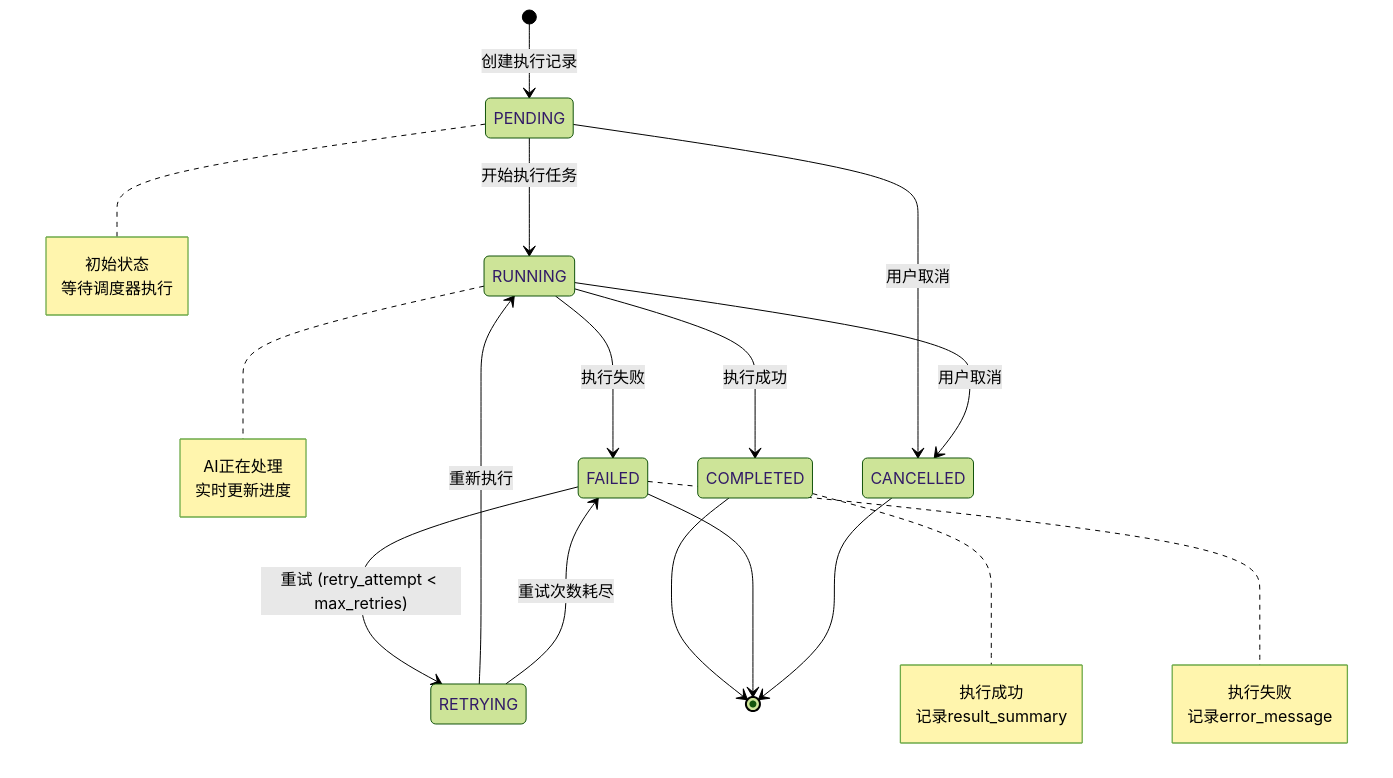
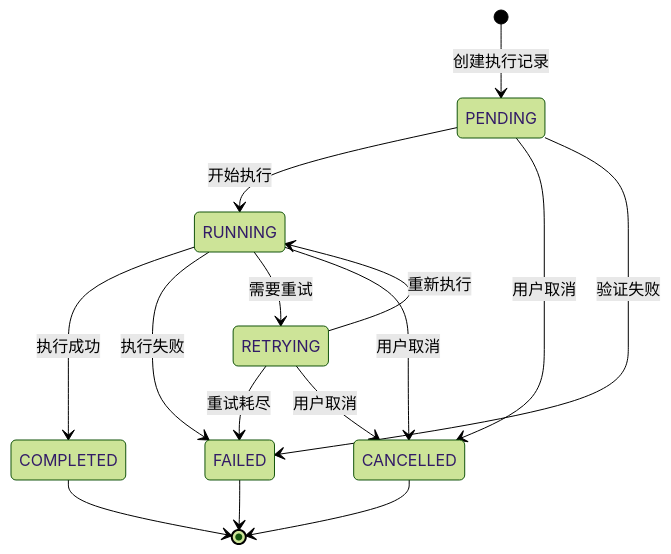
Before and after one commit to wecode-ai/Wegent: the third of 3 diagrams in docs/ai-flow-architecture.md, drawn with Mermaid (forest theme). The commit also changed other lines of this file and 7 other files, not shown here.

````diff
--- a/docs/ai-flow-architecture.md
+++ b/docs/ai-flow-architecture.md
@@ -395,39 +293,21 @@
 ```mermaid
 stateDiagram-v2
     [*] --> PENDING: 创建执行记录
 
-    PENDING --> RUNNING: 开始执行任务
+    PENDING --> RUNNING: 开始执行
     PENDING --> CANCELLED: 用户取消
+    PENDING --> FAILED: 验证失败
 
     RUNNING --> COMPLETED: 执行成功
     RUNNING --> FAILED: 执行失败
+    RUNNING --> RETRYING: 需要重试
     RUNNING --> CANCELLED: 用户取消
 
-    FAILED --> RETRYING: 重试 (retry_attempt < max_retries)
     RETRYING --> RUNNING: 重新执行
-    RETRYING --> FAILED: 重试次数耗尽
+    RETRYING --> FAILED: 重试耗尽
+    RETRYING --> CANCELLED: 用户取消
 
     COMPLETED --> [*]
     FAILED --> [*]
     CANCELLED --> [*]
-
-    note right of PENDING
-        初始状态
-        等待调度器执行
-    end note
-
-    note right of RUNNING
-        AI正在处理
-        实时更新进度
-    end note
-
-    note right of COMPLETED
-        执行成功
-        记录result_summary
-    end note
-
-    note right of FAILED
-        执行失败
-        记录error_message
-    end note
 ```
````
